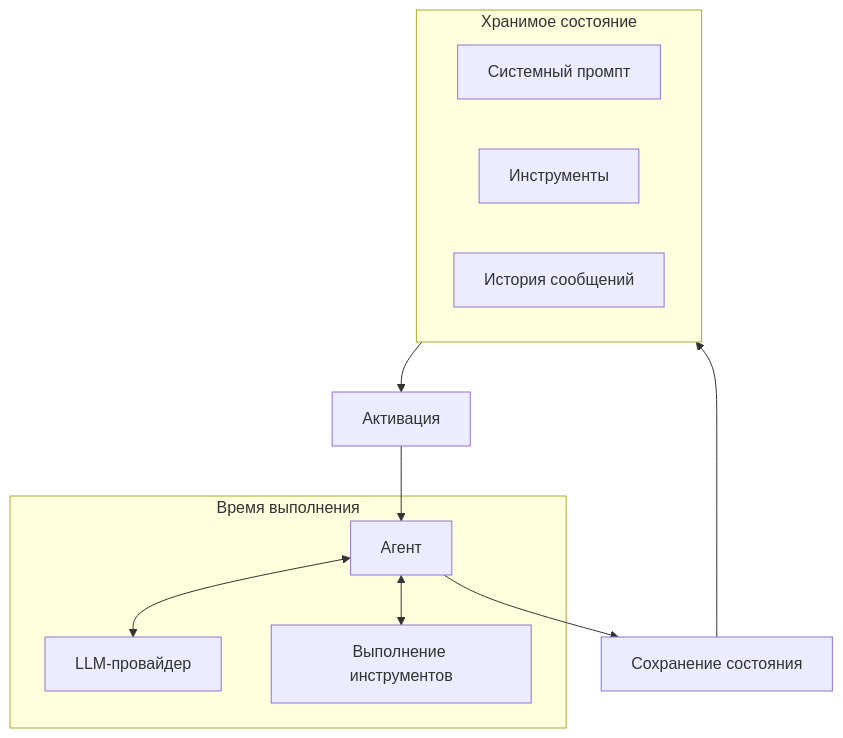
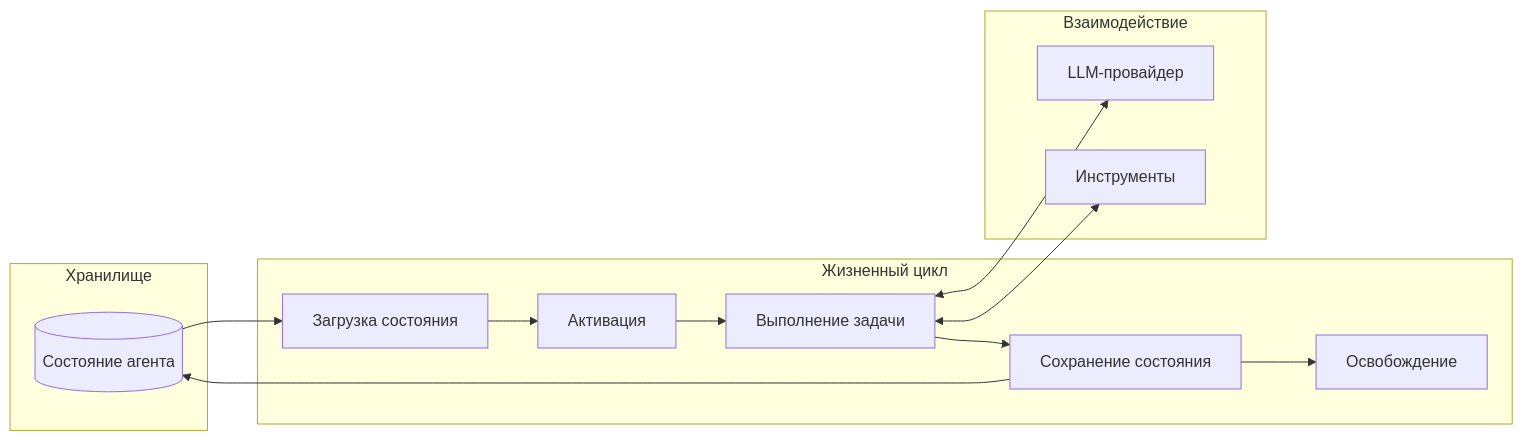
Before and after one commit to Dieugene/agentic-doc-processing: the third of 4 diagrams in 00_docs/architecture/ADPS_Architecture_L2.md, drawn with Mermaid. The commit also changed other lines of this file, not shown here.

Commit message:
Architecture L2 add

````diff
--- a/00_docs/architecture/ADPS_Architecture_L2.md
+++ b/00_docs/architecture/ADPS_Architecture_L2.md
@@ -220,25 +399,28 @@
 ```mermaid
-flowchart TB
-    subgraph state["Хранимое состояние"]
-        PROMPT[Системный промпт]
-        TOOLS[Инструменты]
-        HISTORY[История сообщений]
+flowchart LR
+    subgraph storage["Хранилище"]
+        STATE[(Состояние агента)]
     end
 
-    ACTIVATE[Активация]
-    
-    subgraph runtime["Время выполнения"]
-        AGENT[Агент]
-        LLM[LLM-провайдер]
-        EXEC[Выполнение инструментов]
+    subgraph lifecycle["Жизненный цикл"]
+        LOAD[Загрузка состояния]
+        ACTIVATE[Активация]
+        WORK[Выполнение задачи]
+        SAVE[Сохранение состояния]
+        DISPOSE[Освобождение]
     end
 
-    SAVE[Сохранение состояния]
+    subgraph runtime["Взаимодействие"]
+        LLM[LLM-провайдер]
+        TOOLS[Инструменты]
+    end
 
-    state --> ACTIVATE
-    ACTIVATE --> AGENT
-    AGENT <--> LLM
-    AGENT <--> EXEC
-    AGENT --> SAVE
-    SAVE --> state
+    STATE --> LOAD
+    LOAD --> ACTIVATE
+    ACTIVATE --> WORK
+    WORK <--> LLM
+    WORK <--> TOOLS
+    WORK --> SAVE
+    SAVE --> STATE
+    SAVE --> DISPOSE
 ```
````
